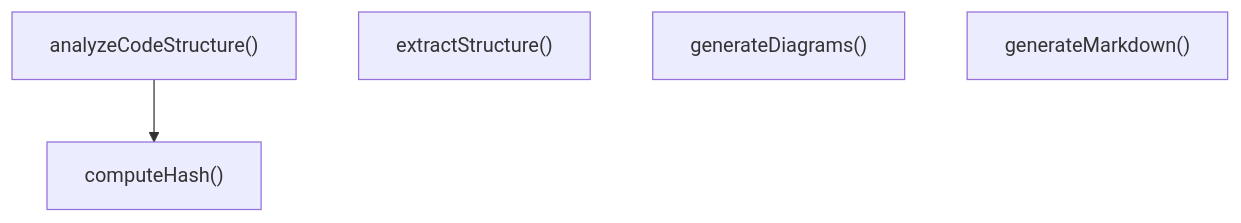
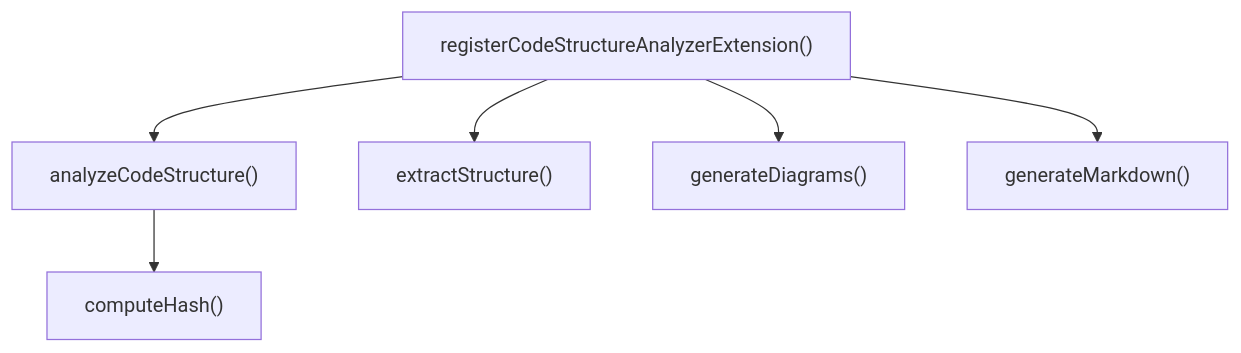
One commit to Mekann2904/mekann changed the seventh of 8 diagrams in ABDD/.pi/extensions/code-structure-analyzer/extension.md. Above: the diagram before and after it, drawn with Mermaid. The commit also changed other lines of this file and 205 other files, not shown here.

````diff
--- a/ABDD/.pi/extensions/code-structure-analyzer/extension.md
+++ b/ABDD/.pi/extensions/code-structure-analyzer/extension.md
@@ -82,9 +204,14 @@
 ```mermaid
 flowchart TD
   analyzeCodeStructure["analyzeCodeStructure()"]
   computeHash["computeHash()"]
   extractStructure["extractStructure()"]
   generateDiagrams["generateDiagrams()"]
   generateMarkdown["generateMarkdown()"]
+  registerCodeStructureAnalyzerExtension["registerCodeStructureAnalyzerExtension()"]
   analyzeCodeStructure --> computeHash
+  registerCodeStructureAnalyzerExtension --> analyzeCodeStructure
+  registerCodeStructureAnalyzerExtension --> extractStructure
+  registerCodeStructureAnalyzerExtension --> generateDiagrams
+  registerCodeStructureAnalyzerExtension --> generateMarkdown
 ```
````
